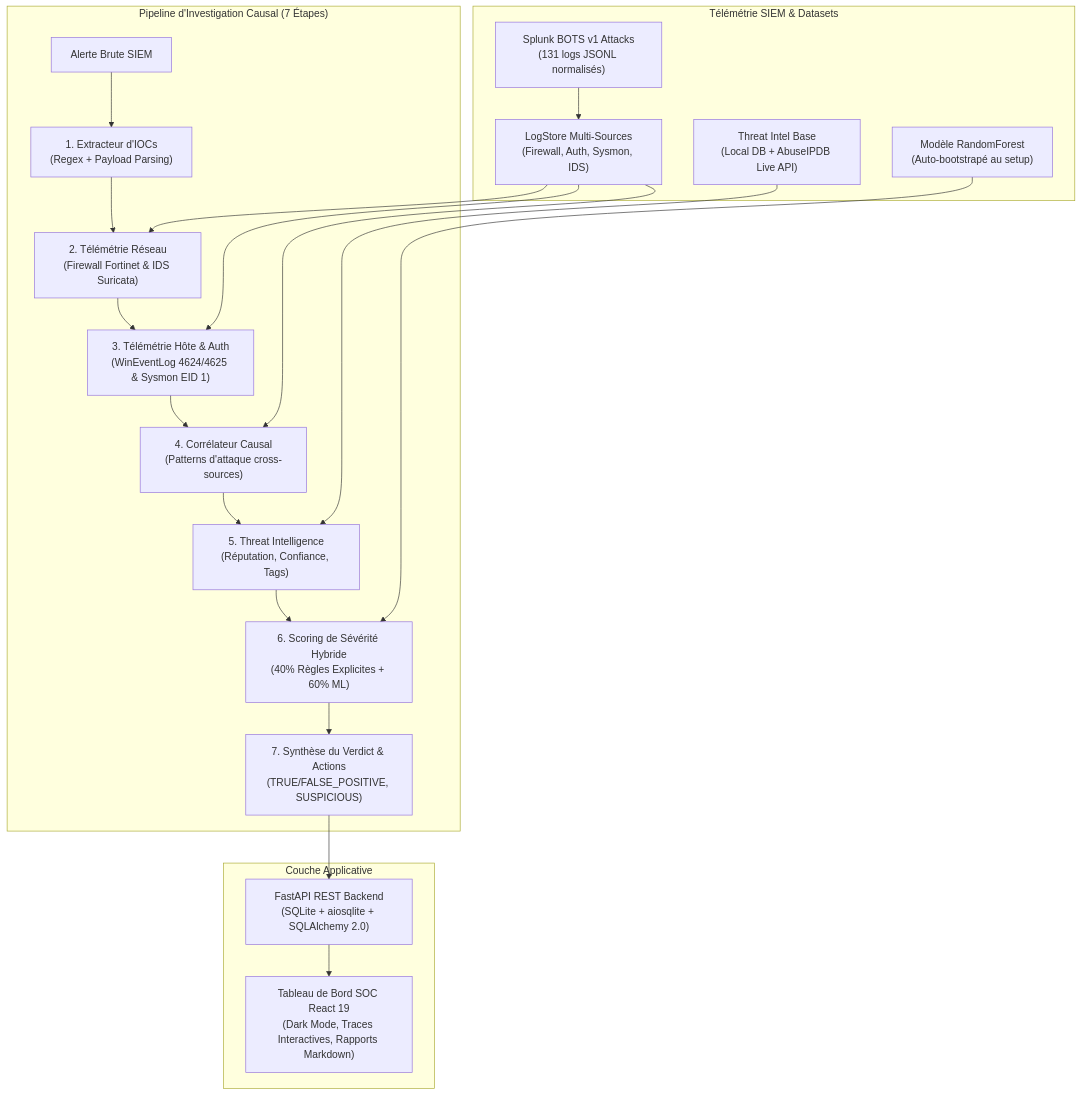
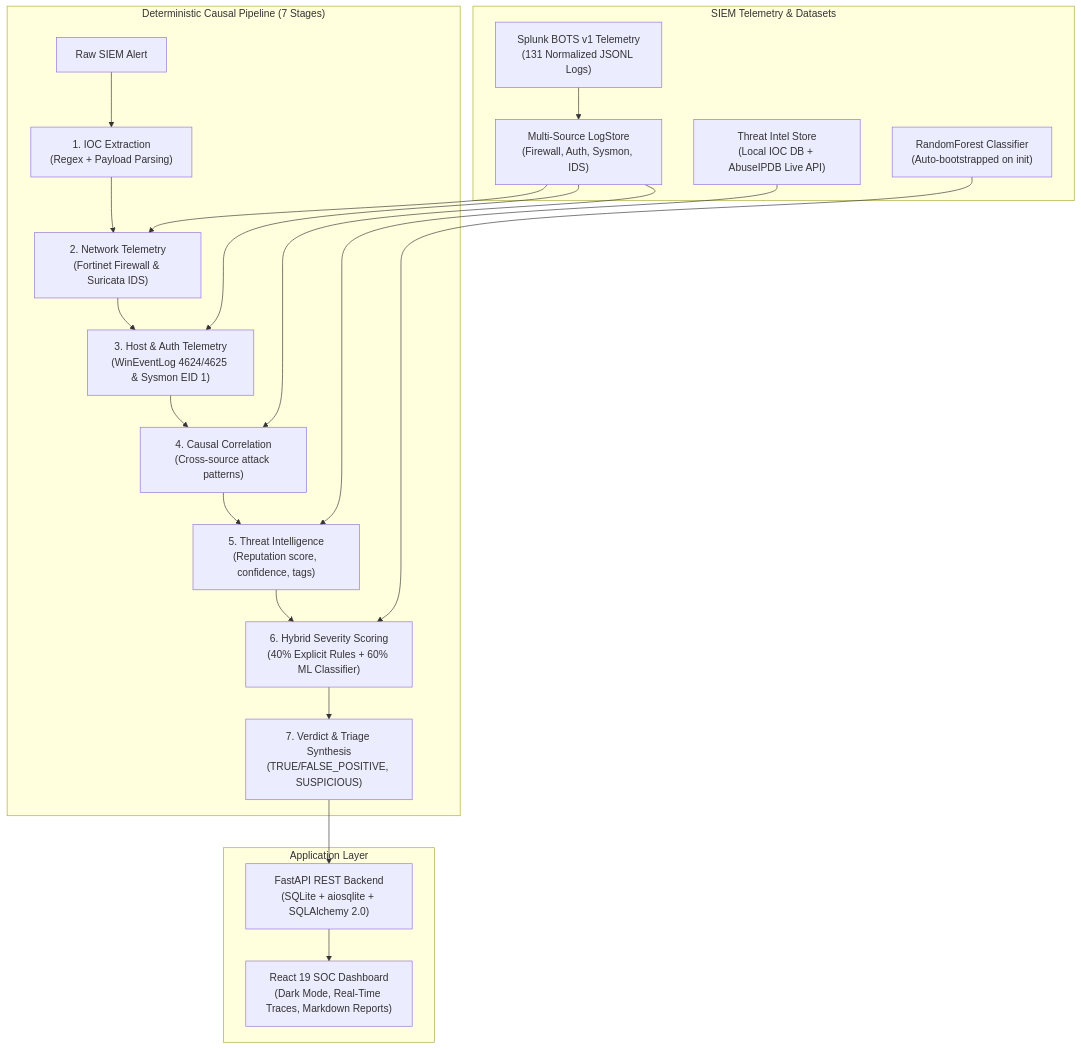
The diagram in README.md (Kreesten-hsh/SentinelSOC), drawn with Mermaid before and after one commit. The commit also changed other lines of this file, not shown here.

Commit message:
docs(readme): translate and humanize SentinelSOC documentation to professional technical English

````diff
--- a/README.md
+++ b/README.md
@@ -33,29 +33,29 @@
 ```mermaid
 graph TB
-    subgraph "Télémétrie SIEM & Datasets"
-        A["Splunk BOTS v1 Attacks<br/>(131 logs JSONL normalisés)"] --> B["LogStore Multi-Sources<br/>(Firewall, Auth, Sysmon, IDS)"]
-        C["Threat Intel Base<br/>(Local DB + AbuseIPDB Live API)"]
-        D["Modèle RandomForest<br/>(Auto-bootstrapé au setup)"]
+    subgraph "SIEM Telemetry & Datasets"
+        A["Splunk BOTS v1 Telemetry<br/>(131 Normalized JSONL Logs)"] --> B["Multi-Source LogStore<br/>(Firewall, Auth, Sysmon, IDS)"]
+        C["Threat Intel Store<br/>(Local IOC DB + AbuseIPDB Live API)"]
+        D["RandomForest Classifier<br/>(Auto-bootstrapped on init)"]
     end
 
-    subgraph "Pipeline d'Investigation Causal (7 Étapes)"
-        E["Alerte Brute SIEM"] --> S1["1. Extracteur d'IOCs<br/>(Regex + Payload Parsing)"]
-        S1 --> S2["2. Télémétrie Réseau<br/>(Firewall Fortinet & IDS Suricata)"]
-        S2 --> S3["3. Télémétrie Hôte & Auth<br/>(WinEventLog 4624/4625 & Sysmon EID 1)"]
-        S3 --> S4["4. Corrélateur Causal<br/>(Patterns d'attaque cross-sources)"]
-        S4 --> S5["5. Threat Intelligence<br/>(Réputation, Confiance, Tags)"]
-        S5 --> S6["6. Scoring de Sévérité Hybride<br/>(40% Règles Explicites + 60% ML)"]
-        S6 --> S7["7. Synthèse du Verdict & Actions<br/>(TRUE/FALSE_POSITIVE, SUSPICIOUS)"]
+    subgraph "Deterministic Causal Pipeline (7 Stages)"
+        E["Raw SIEM Alert"] --> S1["1. IOC Extraction<br/>(Regex + Payload Parsing)"]
+        S1 --> S2["2. Network Telemetry<br/>(Fortinet Firewall & Suricata IDS)"]
+        S2 --> S3["3. Host & Auth Telemetry<br/>(WinEventLog 4624/4625 & Sysmon EID 1)"]
+        S3 --> S4["4. Causal Correlation<br/>(Cross-source attack patterns)"]
+        S4 --> S5["5. Threat Intelligence<br/>(Reputation score, confidence, tags)"]
+        S5 --> S6["6. Hybrid Severity Scoring<br/>(40% Explicit Rules + 60% ML Classifier)"]
+        S6 --> S7["7. Verdict & Triage Synthesis<br/>(TRUE/FALSE_POSITIVE, SUSPICIOUS)"]
     end
 
-    subgraph "Couche Applicative"
+    subgraph "Application Layer"
         S7 --> F["FastAPI REST Backend<br/>(SQLite + aiosqlite + SQLAlchemy 2.0)"]
-        F --> G["Tableau de Bord SOC React 19<br/>(Dark Mode, Traces Interactives, Rapports Markdown)"]
+        F --> G["React 19 SOC Dashboard<br/>(Dark Mode, Real-Time Traces, Markdown Reports)"]
     end
 
     B --> S2
     B --> S3
     B --> S4
     C --> S5
     D --> S6
 ```
````
